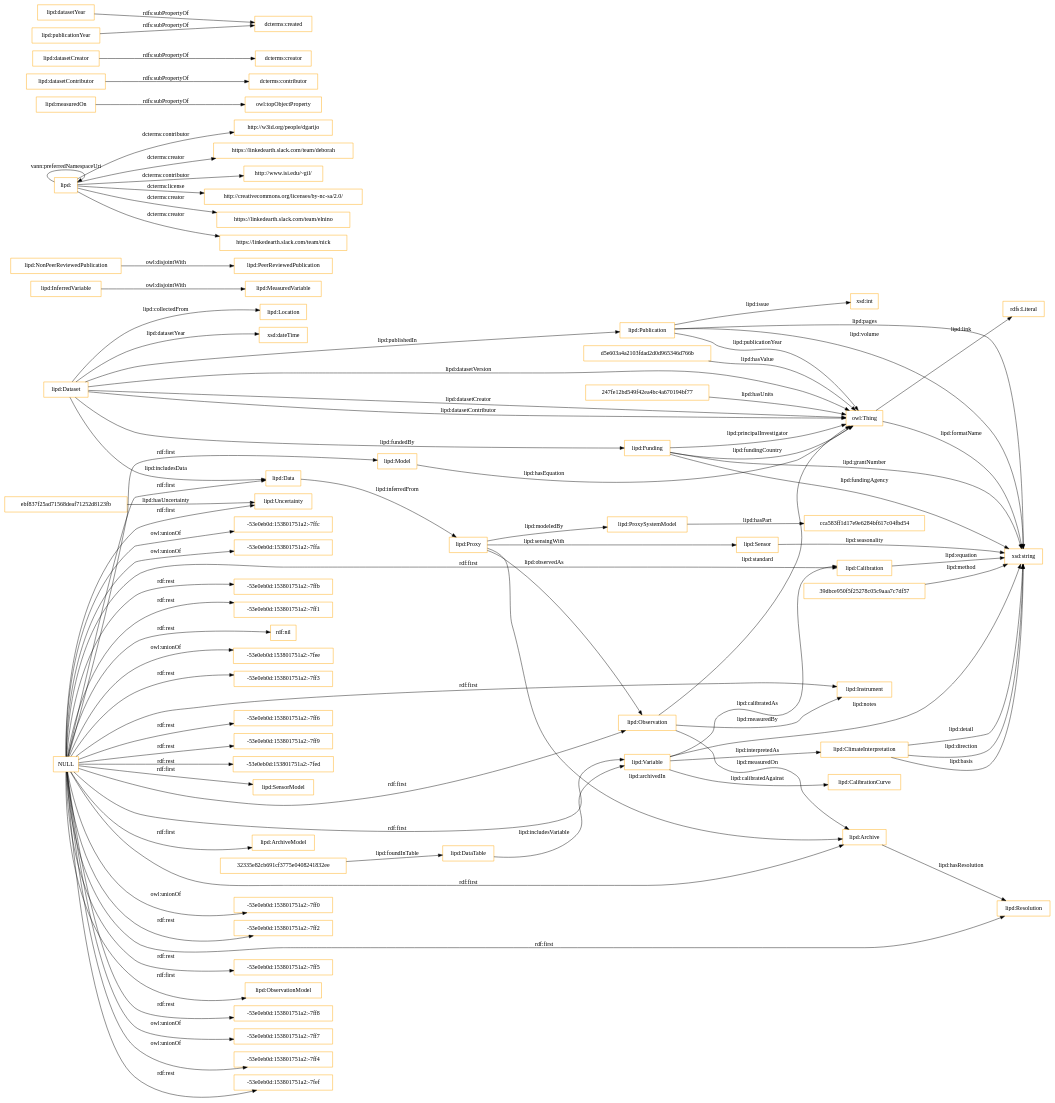
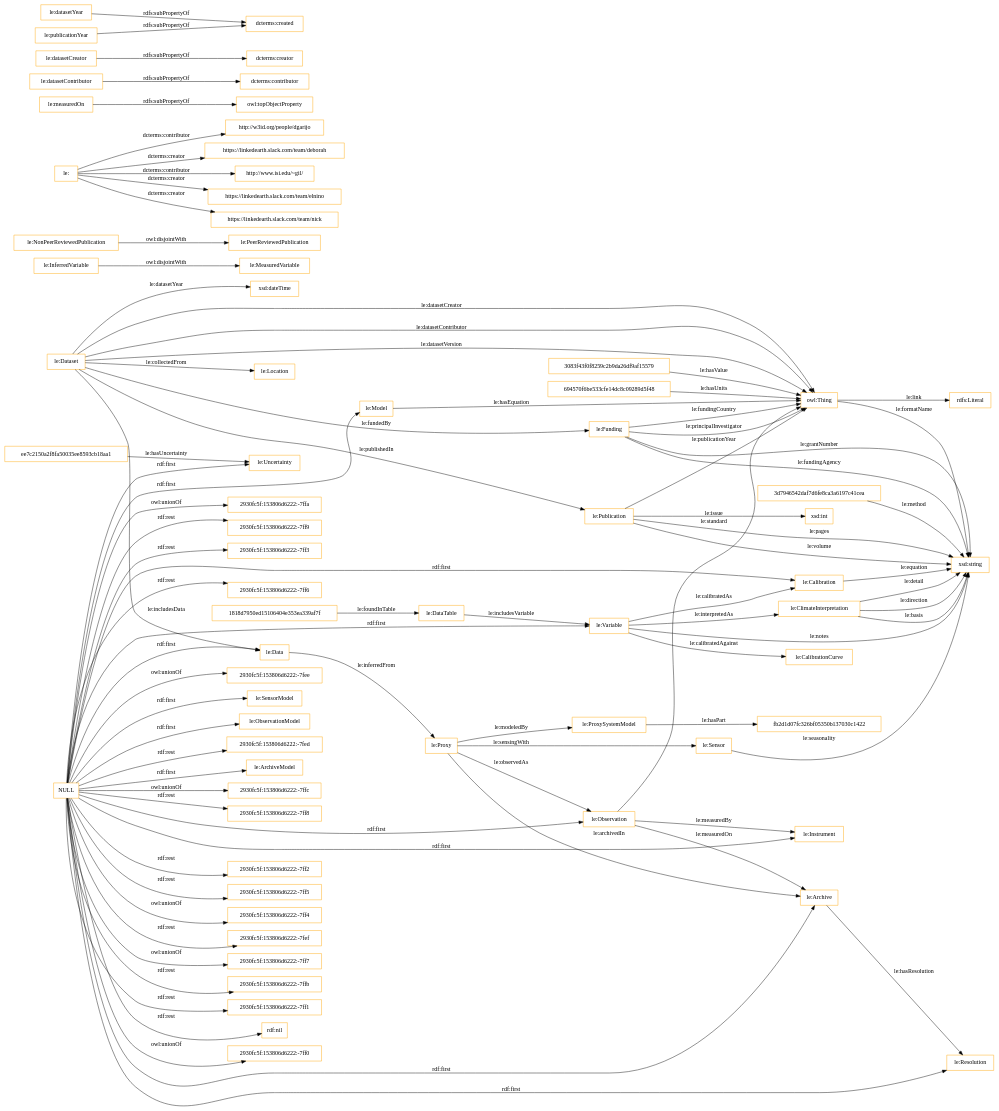
One commit to dgarijo/Ontology changed the diagram in OnToology/ontology.owl/diagrams/ar2dtool-class/ontology.owl.png.dot. Above: the diagram before and after it, drawn with Graphviz. The commit also changed 25 other files, not shown here.

```diff
--- a/OnToology/ontology.owl/diagrams/ar2dtool-class/ontology.owl.png.dot
+++ b/OnToology/ontology.owl/diagrams/ar2dtool-class/ontology.owl.png.dot
@@ -1,93 +1,91 @@
 digraph ar2dtool_diagram { 
 rankdir=LR;
 size="1501"
-node [shape = rectangle, color="orange"]; "lipd:Sensor" "lipd:Funding" "lipd:Resolution" "lipd:Dataset" "lipd:Publication" "lipd:DataTable" "32335e82cb691cf3775e0408241832ee" "lipd:Model" "lipd:Data" "lipd:SensorModel" "lipd:Location" "lipd:CalibrationCurve" "lipd:Calibration" "lipd:InferredVariable" "lipd:NonPeerReviewedPublication" "lipd:ArchiveModel" "lipd:MeasuredVariable" "lipd:Proxy" "lipd:ProxySystemModel" "lipd:Instrument" "lipd:ObservationModel" "cca583ff1d17e9e6284bf617c04fbd54" "d5e603a4a2103fdad2d0d965346d766b" "lipd:Uncertainty" "lipd:Observation" "247fe12bd549f42ea4bc4a670194bf77" "ebf837f25ad71568deaf71252d8123fb" "lipd:ClimateInterpretation" "lipd:Variable" "lipd:Archive" "39dbce950f5f25278c05c9aaa7c7df57" "lipd:PeerReviewedPublication" ; /*classes style*/
-	"lipd:NonPeerReviewedPublication" -> "lipd:PeerReviewedPublication" [ label = "owl:disjointWith" ];
-	"lipd:" -> "http://w3id.org/people/dgarijo" [ label = "dcterms:contributor" ];
-	"lipd:" -> "https://linkedearth.slack.com/team/deborah" [ label = "dcterms:creator" ];
-	"lipd:" -> "http://www.isi.edu/~gil/" [ label = "dcterms:contributor" ];
-	"lipd:" -> "http://creativecommons.org/licenses/by-nc-sa/2.0/" [ label = "dcterms:license" ];
-	"lipd:" -> "https://linkedearth.slack.com/team/elnino" [ label = "dcterms:creator" ];
-	"lipd:" -> "https://linkedearth.slack.com/team/nick" [ label = "dcterms:creator" ];
-	"lipd:" -> "lipd:" [ label = "vann:preferredNamespaceUri" ];
-	"lipd:measuredOn" -> "owl:topObjectProperty" [ label = "rdfs:subPropertyOf" ];
-	"lipd:datasetContributor" -> "dcterms:contributor" [ label = "rdfs:subPropertyOf" ];
-	"lipd:datasetCreator" -> "dcterms:creator" [ label = "rdfs:subPropertyOf" ];
-	"NULL" -> "lipd:Instrument" [ label = "rdf:first" ];
-	"NULL" -> "lipd:SensorModel" [ label = "rdf:first" ];
-	"NULL" -> "-53e0eb0d:153801751a2:-7ff2" [ label = "rdf:rest" ];
-	"NULL" -> "-53e0eb0d:153801751a2:-7ff5" [ label = "rdf:rest" ];
-	"NULL" -> "-53e0eb0d:153801751a2:-7ff8" [ label = "rdf:rest" ];
-	"NULL" -> "lipd:Archive" [ label = "rdf:first" ];
-	"NULL" -> "lipd:ObservationModel" [ label = "rdf:first" ];
-	"NULL" -> "-53e0eb0d:153801751a2:-7ff7" [ label = "owl:unionOf" ];
-	"NULL" -> "-53e0eb0d:153801751a2:-7ff4" [ label = "owl:unionOf" ];
-	"NULL" -> "-53e0eb0d:153801751a2:-7fef" [ label = "rdf:rest" ];
-	"NULL" -> "-53e0eb0d:153801751a2:-7ffc" [ label = "owl:unionOf" ];
-	"NULL" -> "-53e0eb0d:153801751a2:-7ffa" [ label = "owl:unionOf" ];
-	"NULL" -> "lipd:Variable" [ label = "rdf:first" ];
-	"NULL" -> "-53e0eb0d:153801751a2:-7ffb" [ label = "rdf:rest" ];
-	"NULL" -> "-53e0eb0d:153801751a2:-7ff1" [ label = "rdf:rest" ];
-	"NULL" -> "lipd:Uncertainty" [ label = "rdf:first" ];
+node [shape = rectangle, color="orange"]; "ee7c2150a2f8fa50035ee8593cb18aa1" "le:Sensor" "le:Funding" "le:Resolution" "le:Dataset" "le:Publication" "le:DataTable" "le:Model" "3d7946542daf7d6fe8ca3a6197c41cea" "le:Data" "fb2d1d07fc326bf05350b137030c1422" "le:SensorModel" "le:Location" "1818d7950ed15106404e353ea339af7f" "le:CalibrationCurve" "le:Calibration" "le:InferredVariable" "3083f43f0f8259c2b9da26df9af15579" "le:NonPeerReviewedPublication" "le:ArchiveModel" "le:MeasuredVariable" "le:Proxy" "le:ProxySystemModel" "le:Instrument" "le:ObservationModel" "le:Uncertainty" "le:Observation" "le:ClimateInterpretation" "694570f6be533cfe14dc8c09289d5f48" "le:Variable" "le:Archive" "le:PeerReviewedPublication" ; /*classes style*/
+	"le:NonPeerReviewedPublication" -> "le:PeerReviewedPublication" [ label = "owl:disjointWith" ];
+	"le:" -> "http://w3id.org/people/dgarijo" [ label = "dcterms:contributor" ];
+	"le:" -> "https://linkedearth.slack.com/team/deborah" [ label = "dcterms:creator" ];
+	"le:" -> "http://www.isi.edu/~gil/" [ label = "dcterms:contributor" ];
+	"le:" -> "https://linkedearth.slack.com/team/elnino" [ label = "dcterms:creator" ];
+	"le:" -> "https://linkedearth.slack.com/team/nick" [ label = "dcterms:creator" ];
+	"le:measuredOn" -> "owl:topObjectProperty" [ label = "rdfs:subPropertyOf" ];
+	"le:datasetContributor" -> "dcterms:contributor" [ label = "rdfs:subPropertyOf" ];
+	"le:datasetCreator" -> "dcterms:creator" [ label = "rdfs:subPropertyOf" ];
+	"NULL" -> "2930fc5f:153806d6222:-7fed" [ label = "rdf:rest" ];
+	"NULL" -> "le:Instrument" [ label = "rdf:first" ];
+	"NULL" -> "le:SensorModel" [ label = "rdf:first" ];
+	"NULL" -> "2930fc5f:153806d6222:-7ffc" [ label = "owl:unionOf" ];
+	"NULL" -> "2930fc5f:153806d6222:-7ff8" [ label = "rdf:rest" ];
+	"NULL" -> "2930fc5f:153806d6222:-7ff2" [ label = "rdf:rest" ];
+	"NULL" -> "2930fc5f:153806d6222:-7ff5" [ label = "rdf:rest" ];
+	"NULL" -> "le:Archive" [ label = "rdf:first" ];
+	"NULL" -> "le:ObservationModel" [ label = "rdf:first" ];
+	"NULL" -> "2930fc5f:153806d6222:-7ff4" [ label = "owl:unionOf" ];
+	"NULL" -> "le:Variable" [ label = "rdf:first" ];
+	"NULL" -> "2930fc5f:153806d6222:-7fef" [ label = "rdf:rest" ];
+	"NULL" -> "2930fc5f:153806d6222:-7ff7" [ label = "owl:unionOf" ];
+	"NULL" -> "2930fc5f:153806d6222:-7ffb" [ label = "rdf:rest" ];
+	"NULL" -> "2930fc5f:153806d6222:-7ff1" [ label = "rdf:rest" ];
+	"NULL" -> "le:Uncertainty" [ label = "rdf:first" ];
 	"NULL" -> "rdf:nil" [ label = "rdf:rest" ];
-	"NULL" -> "-53e0eb0d:153801751a2:-7fee" [ label = "owl:unionOf" ];
-	"NULL" -> "lipd:Calibration" [ label = "rdf:first" ];
-	"NULL" -> "-53e0eb0d:153801751a2:-7ff3" [ label = "rdf:rest" ];
-	"NULL" -> "lipd:Data" [ label = "rdf:first" ];
-	"NULL" -> "-53e0eb0d:153801751a2:-7ff6" [ label = "rdf:rest" ];
-	"NULL" -> "-53e0eb0d:153801751a2:-7ff9" [ label = "rdf:rest" ];
-	"NULL" -> "lipd:Model" [ label = "rdf:first" ];
-	"NULL" -> "lipd:Observation" [ label = "rdf:first" ];
-	"NULL" -> "lipd:Resolution" [ label = "rdf:first" ];
-	"NULL" -> "lipd:ArchiveModel" [ label = "rdf:first" ];
-	"NULL" -> "-53e0eb0d:153801751a2:-7fed" [ label = "rdf:rest" ];
-	"NULL" -> "-53e0eb0d:153801751a2:-7ff0" [ label = "owl:unionOf" ];
-	"lipd:datasetYear" -> "dcterms:created" [ label = "rdfs:subPropertyOf" ];
-	"lipd:publicationYear" -> "dcterms:created" [ label = "rdfs:subPropertyOf" ];
-	"lipd:InferredVariable" -> "lipd:MeasuredVariable" [ label = "owl:disjointWith" ];
-	"lipd:ClimateInterpretation" -> "xsd:string" [ label = "lipd:direction" ];
-	"lipd:Dataset" -> "lipd:Funding" [ label = "lipd:fundedBy" ];
-	"lipd:Funding" -> "owl:Thing" [ label = "lipd:fundingCountry" ];
-	"lipd:Dataset" -> "lipd:Location" [ label = "lipd:collectedFrom" ];
-	"lipd:Dataset" -> "owl:Thing" [ label = "lipd:datasetCreator" ];
-	"lipd:Publication" -> "owl:Thing" [ label = "lipd:publicationYear" ];
-	"lipd:Variable" -> "xsd:string" [ label = "lipd:notes" ];
-	"lipd:Model" -> "owl:Thing" [ label = "lipd:hasEquation" ];
-	"lipd:Dataset" -> "owl:Thing" [ label = "lipd:datasetContributor" ];
-	"lipd:Proxy" -> "lipd:Archive" [ label = "lipd:archivedIn" ];
-	"owl:Thing" -> "xsd:string" [ label = "lipd:formatName" ];
-	"lipd:Funding" -> "xsd:string" [ label = "lipd:grantNumber" ];
-	"39dbce950f5f25278c05c9aaa7c7df57" -> "xsd:string" [ label = "lipd:method" ];
-	"lipd:ProxySystemModel" -> "cca583ff1d17e9e6284bf617c04fbd54" [ label = "lipd:hasPart" ];
-	"lipd:Dataset" -> "lipd:Publication" [ label = "lipd:publishedIn" ];
-	"32335e82cb691cf3775e0408241832ee" -> "lipd:DataTable" [ label = "lipd:foundInTable" ];
-	"lipd:Publication" -> "xsd:int" [ label = "lipd:issue" ];
-	"lipd:Funding" -> "owl:Thing" [ label = "lipd:principalInvestigator" ];
-	"lipd:Dataset" -> "xsd:dateTime" [ label = "lipd:datasetYear" ];
-	"lipd:DataTable" -> "lipd:Variable" [ label = "lipd:includesVariable" ];
-	"lipd:Proxy" -> "lipd:Observation" [ label = "lipd:observedAs" ];
-	"lipd:Calibration" -> "xsd:string" [ label = "lipd:equation" ];
-	"lipd:Observation" -> "lipd:Instrument" [ label = "lipd:measuredBy" ];
-	"lipd:Funding" -> "xsd:string" [ label = "lipd:fundingAgency" ];
-	"lipd:Proxy" -> "lipd:ProxySystemModel" [ label = "lipd:modeledBy" ];
-	"lipd:Archive" -> "lipd:Resolution" [ label = "lipd:hasResolution" ];
-	"lipd:Variable" -> "lipd:Calibration" [ label = "lipd:calibratedAs" ];
-	"lipd:ClimateInterpretation" -> "xsd:string" [ label = "lipd:basis" ];
-	"owl:Thing" -> "rdfs:Literal" [ label = "lipd:link" ];
-	"lipd:Observation" -> "owl:Thing" [ label = "lipd:standard" ];
-	"lipd:Publication" -> "xsd:string" [ label = "lipd:pages" ];
-	"ebf837f25ad71568deaf71252d8123fb" -> "lipd:Uncertainty" [ label = "lipd:hasUncertainty" ];
-	"lipd:Variable" -> "lipd:CalibrationCurve" [ label = "lipd:calibratedAgainst" ];
-	"lipd:Sensor" -> "xsd:string" [ label = "lipd:seasonality" ];
-	"lipd:Data" -> "lipd:Proxy" [ label = "lipd:inferredFrom" ];
-	"247fe12bd549f42ea4bc4a670194bf77" -> "owl:Thing" [ label = "lipd:hasUnits" ];
-	"lipd:Proxy" -> "lipd:Sensor" [ label = "lipd:sensingWith" ];
-	"lipd:ClimateInterpretation" -> "xsd:string" [ label = "lipd:detail" ];
-	"lipd:Publication" -> "xsd:string" [ label = "lipd:volume" ];
-	"lipd:Observation" -> "lipd:Archive" [ label = "lipd:measuredOn" ];
-	"lipd:Dataset" -> "lipd:Data" [ label = "lipd:includesData" ];
-	"d5e603a4a2103fdad2d0d965346d766b" -> "owl:Thing" [ label = "lipd:hasValue" ];
-	"lipd:Dataset" -> "owl:Thing" [ label = "lipd:datasetVersion" ];
-	"lipd:Variable" -> "lipd:ClimateInterpretation" [ label = "lipd:interpretedAs" ];
+	"NULL" -> "2930fc5f:153806d6222:-7ff0" [ label = "owl:unionOf" ];
+	"NULL" -> "le:Calibration" [ label = "rdf:first" ];
+	"NULL" -> "le:Data" [ label = "rdf:first" ];
+	"NULL" -> "2930fc5f:153806d6222:-7ffa" [ label = "owl:unionOf" ];
+	"NULL" -> "2930fc5f:153806d6222:-7ff9" [ label = "rdf:rest" ];
+	"NULL" -> "2930fc5f:153806d6222:-7ff3" [ label = "rdf:rest" ];
+	"NULL" -> "le:Model" [ label = "rdf:first" ];
+	"NULL" -> "2930fc5f:153806d6222:-7ff6" [ label = "rdf:rest" ];
+	"NULL" -> "2930fc5f:153806d6222:-7fee" [ label = "owl:unionOf" ];
+	"NULL" -> "le:Observation" [ label = "rdf:first" ];
+	"NULL" -> "le:Resolution" [ label = "rdf:first" ];
+	"NULL" -> "le:ArchiveModel" [ label = "rdf:first" ];
+	"le:datasetYear" -> "dcterms:created" [ label = "rdfs:subPropertyOf" ];
+	"le:publicationYear" -> "dcterms:created" [ label = "rdfs:subPropertyOf" ];
+	"le:InferredVariable" -> "le:MeasuredVariable" [ label = "owl:disjointWith" ];
+	"le:ClimateInterpretation" -> "xsd:string" [ label = "le:direction" ];
+	"le:Dataset" -> "le:Funding" [ label = "le:fundedBy" ];
+	"le:Funding" -> "owl:Thing" [ label = "le:fundingCountry" ];
+	"le:Dataset" -> "le:Location" [ label = "le:collectedFrom" ];
+	"le:Dataset" -> "owl:Thing" [ label = "le:datasetCreator" ];
+	"le:Publication" -> "owl:Thing" [ label = "le:publicationYear" ];
+	"le:Variable" -> "xsd:string" [ label = "le:notes" ];
+	"le:Model" -> "owl:Thing" [ label = "le:hasEquation" ];
+	"le:Dataset" -> "owl:Thing" [ label = "le:datasetContributor" ];
+	"le:Proxy" -> "le:Archive" [ label = "le:archivedIn" ];
+	"owl:Thing" -> "xsd:string" [ label = "le:formatName" ];
+	"le:Funding" -> "xsd:string" [ label = "le:grantNumber" ];
+	"3d7946542daf7d6fe8ca3a6197c41cea" -> "xsd:string" [ label = "le:method" ];
+	"le:ProxySystemModel" -> "fb2d1d07fc326bf05350b137030c1422" [ label = "le:hasPart" ];
+	"le:Dataset" -> "le:Publication" [ label = "le:publishedIn" ];
+	"1818d7950ed15106404e353ea339af7f" -> "le:DataTable" [ label = "le:foundInTable" ];
+	"le:Publication" -> "xsd:int" [ label = "le:issue" ];
+	"le:Funding" -> "owl:Thing" [ label = "le:principalInvestigator" ];
+	"le:Dataset" -> "xsd:dateTime" [ label = "le:datasetYear" ];
+	"le:DataTable" -> "le:Variable" [ label = "le:includesVariable" ];
+	"le:Proxy" -> "le:Observation" [ label = "le:observedAs" ];
+	"le:Calibration" -> "xsd:string" [ label = "le:equation" ];
+	"le:Observation" -> "le:Instrument" [ label = "le:measuredBy" ];
+	"le:Funding" -> "xsd:string" [ label = "le:fundingAgency" ];
+	"le:Proxy" -> "le:ProxySystemModel" [ label = "le:modeledBy" ];
+	"le:Archive" -> "le:Resolution" [ label = "le:hasResolution" ];
+	"le:Variable" -> "le:Calibration" [ label = "le:calibratedAs" ];
+	"le:ClimateInterpretation" -> "xsd:string" [ label = "le:basis" ];
+	"owl:Thing" -> "rdfs:Literal" [ label = "le:link" ];
+	"le:Observation" -> "owl:Thing" [ label = "le:standard" ];
+	"le:Publication" -> "xsd:string" [ label = "le:pages" ];
+	"ee7c2150a2f8fa50035ee8593cb18aa1" -> "le:Uncertainty" [ label = "le:hasUncertainty" ];
+	"le:Variable" -> "le:CalibrationCurve" [ label = "le:calibratedAgainst" ];
+	"le:Sensor" -> "xsd:string" [ label = "le:seasonality" ];
+	"le:Data" -> "le:Proxy" [ label = "le:inferredFrom" ];
+	"694570f6be533cfe14dc8c09289d5f48" -> "owl:Thing" [ label = "le:hasUnits" ];
+	"le:Proxy" -> "le:Sensor" [ label = "le:sensingWith" ];
+	"le:ClimateInterpretation" -> "xsd:string" [ label = "le:detail" ];
+	"le:Publication" -> "xsd:string" [ label = "le:volume" ];
+	"le:Observation" -> "le:Archive" [ label = "le:measuredOn" ];
+	"le:Dataset" -> "le:Data" [ label = "le:includesData" ];
+	"3083f43f0f8259c2b9da26df9af15579" -> "owl:Thing" [ label = "le:hasValue" ];
+	"le:Dataset" -> "owl:Thing" [ label = "le:datasetVersion" ];
+	"le:Variable" -> "le:ClimateInterpretation" [ label = "le:interpretedAs" ];
 
 }
```
